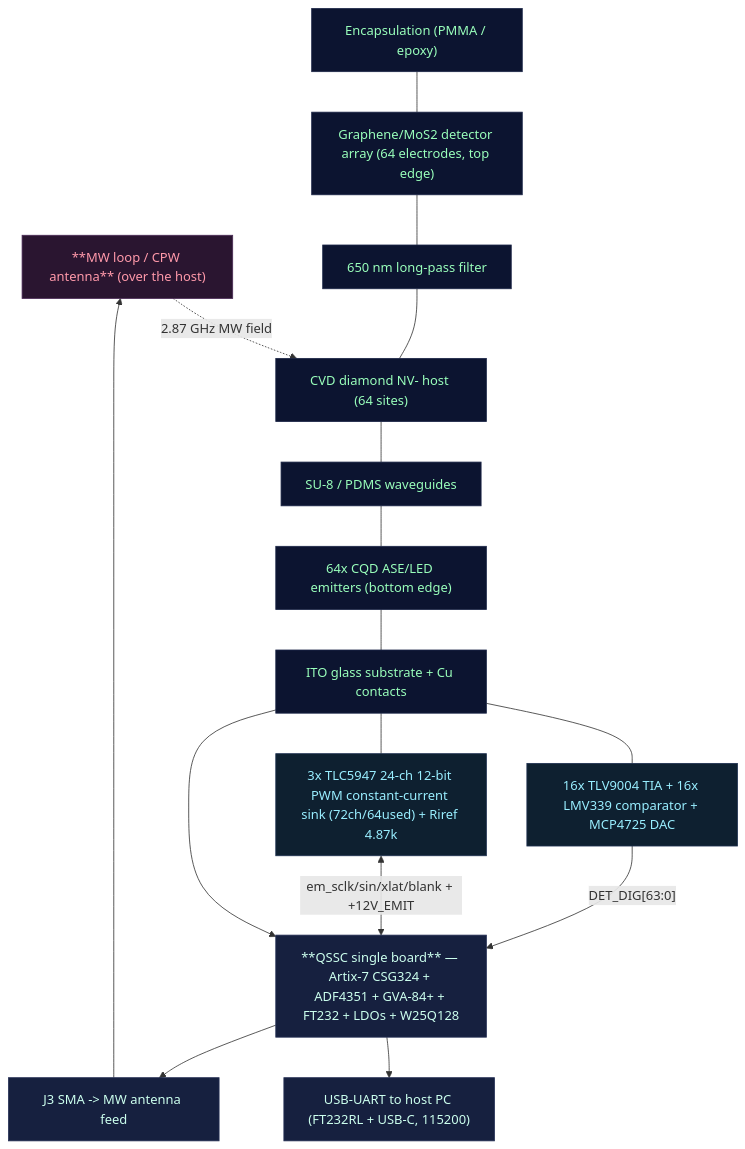
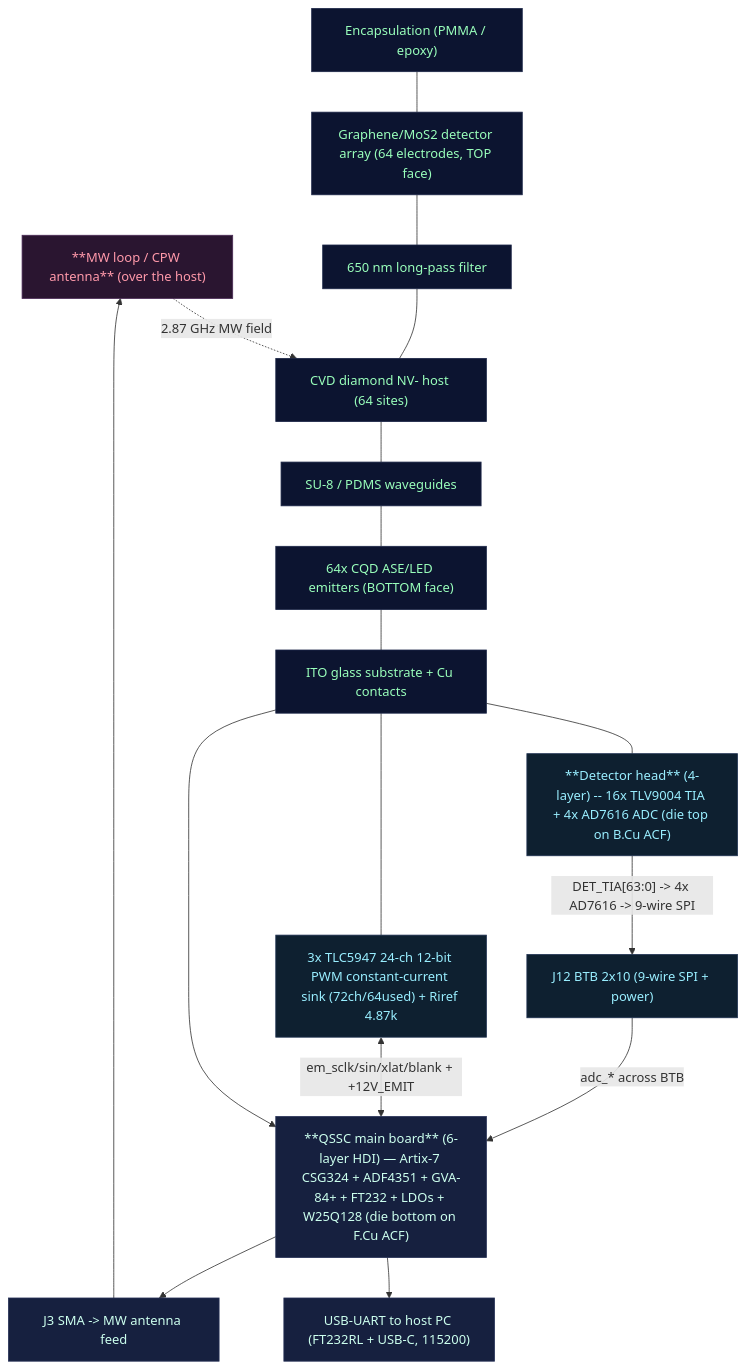
The second of 2 diagrams in hardware/HARDWARE_DESIGN.md (VABISMO/QSSC), drawn with Mermaid before and after one commit. The commit also changed other lines of this file and 4 other files, not shown here.

````diff
--- a/hardware/HARDWARE_DESIGN.md
+++ b/hardware/HARDWARE_DESIGN.md
@@ -196,31 +243,33 @@
 ```mermaid
 flowchart TB
   classDef pcb fill:#16203f,stroke:#263056,color:#cfe
   classDef chip fill:#0c1430,stroke:#1d2748,color:#9fb
   classDef mw fill:#2a1530,stroke:#4a2a55,color:#f9a
   classDef fe fill:#0e2030,stroke:#1e3050,color:#9ef
 
   ANT["**MW loop / CPW antenna** (over the host)"]:::mw
   ENC["Encapsulation (PMMA / epoxy)"]:::chip
-  DET["Graphene/MoS2 detector array (64 electrodes, top edge)"]:::chip
+  DET["Graphene/MoS2 detector array (64 electrodes, TOP face)"]:::chip
   FILT["650 nm long-pass filter"]:::chip
   HOST["CVD diamond NV- host (64 sites)"]:::chip
   WG["SU-8 / PDMS waveguides"]:::chip
-  EM["64x CQD ASE/LED emitters (bottom edge)"]:::chip
+  EM["64x CQD ASE/LED emitters (BOTTOM face)"]:::chip
   SUB["ITO glass substrate + Cu contacts"]:::chip
-  TIA["16x TLV9004 TIA + 16x LMV339 comparator + MCP4725 DAC"]:::fe
+  HEAD["**Detector head** (4-layer) -- 16x TLV9004 TIA + 4x AD7616 ADC (die top on B.Cu ACF)"]:::fe
   DRV["3x TLC5947 24-ch 12-bit PWM constant-current sink (72ch/64used) + Riref 4.87k"]:::fe
-  PCB["**QSSC single board** — Artix-7 CSG324 + ADF4351 + GVA-84+ + FT232 + LDOs + W25Q128"]:::pcb
+  PCB["**QSSC main board** (6-layer HDI) — Artix-7 CSG324 + ADF4351 + GVA-84+ + FT232 + LDOs + W25Q128 (die bottom on F.Cu ACF)"]:::pcb
+  J12["J12 BTB 2x10 (9-wire SPI + power)"]:::fe
   USB["USB-UART to host PC (FT232RL + USB-C, 115200)"]:::pcb
   SMA["J3 SMA -> MW antenna feed"]:::pcb
 
   ANT -. "2.87 GHz MW field" .-> HOST
   ENC --- DET --- FILT --- HOST --- WG --- EM --- SUB
-  SUB --- TIA
+  SUB --- HEAD
   SUB --- DRV
-  TIA -->|"DET_DIG[63:0]"| PCB
+  HEAD -->|"DET_TIA[63:0] -> 4x AD7616 -> 9-wire SPI"| J12
+  J12 -->|"adc_* across BTB"| PCB
   DRV <-->|"em_sclk/sin/xlat/blank + +12V_EMIT"| PCB
   SUB --> PCB
   PCB --> USB
   PCB --> SMA --> ANT
 ```
````
